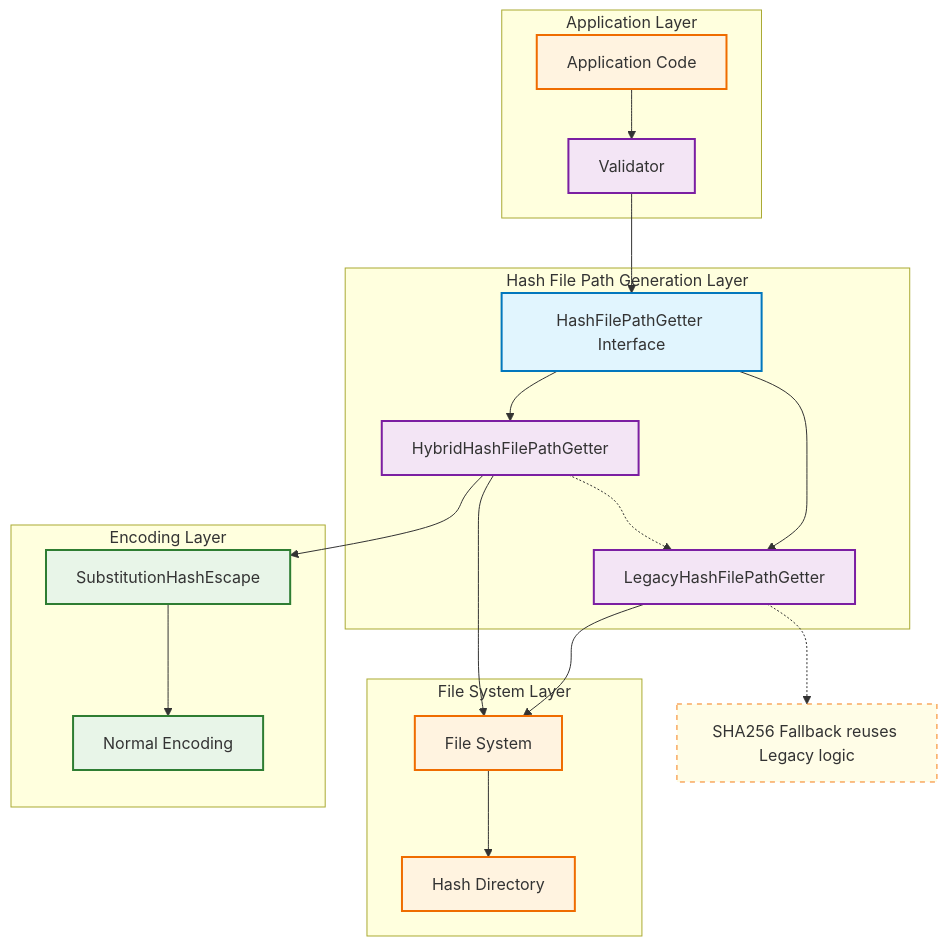
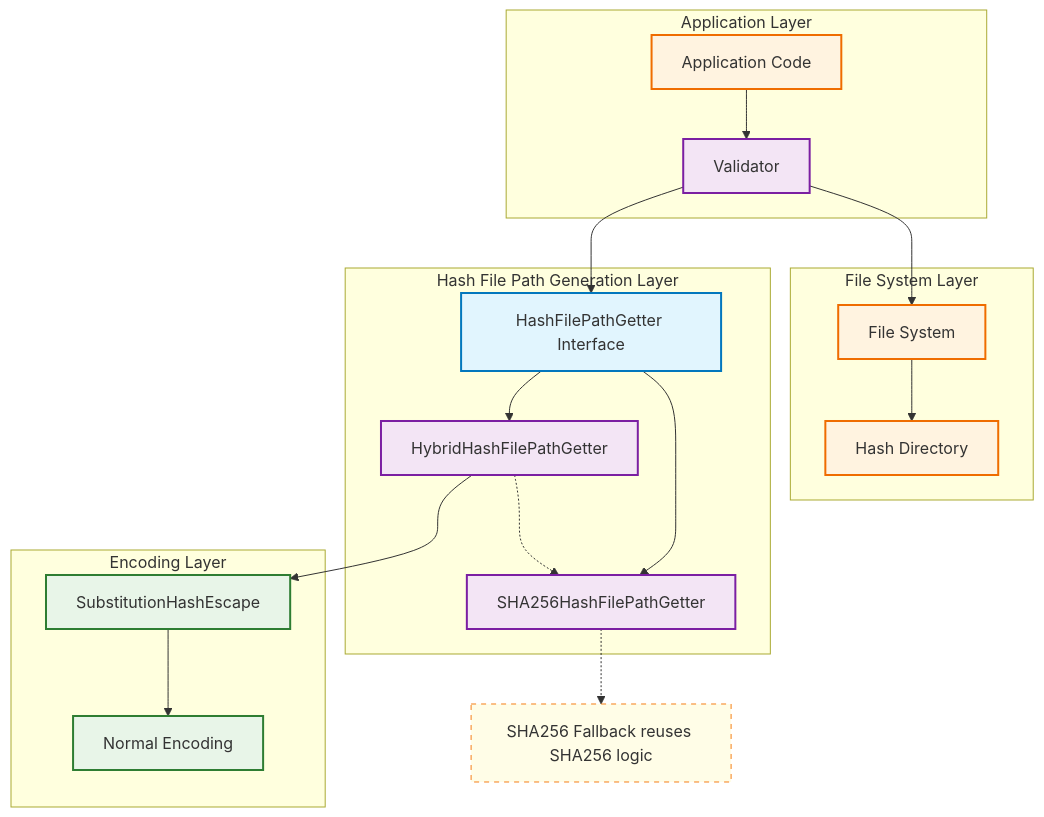
One commit to isseis/go-safe-cmd-runner changed the first of 5 diagrams in docs/tasks/0023_hybrid_hash_filename_encoding/02_architecture.md. Above: the diagram before and after it, drawn with Mermaid. The commit also changed other lines of this file and 3 other files, not shown here.

````diff
--- a/docs/tasks/0023_hybrid_hash_filename_encoding/02_architecture.md
+++ b/docs/tasks/0023_hybrid_hash_filename_encoding/02_architecture.md
@@ -21,49 +21,48 @@
 ```mermaid
 graph TB
     subgraph "Application Layer"
         APP[Application Code]
         VAL[Validator]
     end
 
     subgraph "Hash File Path Generation Layer"
         HFG[HashFilePathGetter Interface]
         HYBRID[HybridHashFilePathGetter]
-        LEGACY[LegacyHashFilePathGetter]
+        SHA256[SHA256HashFilePathGetter]
     end
 
     subgraph "Encoding Layer"
         ENC[SubstitutionHashEscape]
         NORMAL[Normal Encoding]
     end
 
     subgraph "File System Layer"
         FS[File System]
         HASHDIR[Hash Directory]
     end
 
     APP --> VAL
     VAL --> HFG
+    VAL --> FS
     HFG --> HYBRID
-    HFG --> LEGACY
+    HFG --> SHA256
     HYBRID --> ENC
     ENC --> NORMAL
-    HYBRID --> FS
-    LEGACY --> FS
     FS --> HASHDIR
 
-    note1["SHA256 Fallback reuses Legacy logic"]
-    HYBRID -.-> LEGACY
-    LEGACY -.-> note1
+    note1["SHA256 Fallback reuses SHA256 logic"]
+    HYBRID -.-> SHA256
+    SHA256 -.-> note1
 
     classDef interfaceNode fill:#e1f5fe,stroke:#0277bd,stroke-width:2px
     classDef implementationNode fill:#f3e5f5,stroke:#7b1fa2,stroke-width:2px
     classDef encodingNode fill:#e8f5e8,stroke:#2e7d32,stroke-width:2px
     classDef systemNode fill:#fff3e0,stroke:#ef6c00,stroke-width:2px
     classDef noteNode fill:#fffde7,stroke:#f57f17,stroke-dasharray: 5 5
 
     class HFG interfaceNode
-    class HYBRID,LEGACY,VAL implementationNode
+    class HYBRID,SHA256,VAL implementationNode
     class ENC,NORMAL encodingNode
     class APP,FS,HASHDIR systemNode
     class note1 noteNode
 ```
````
